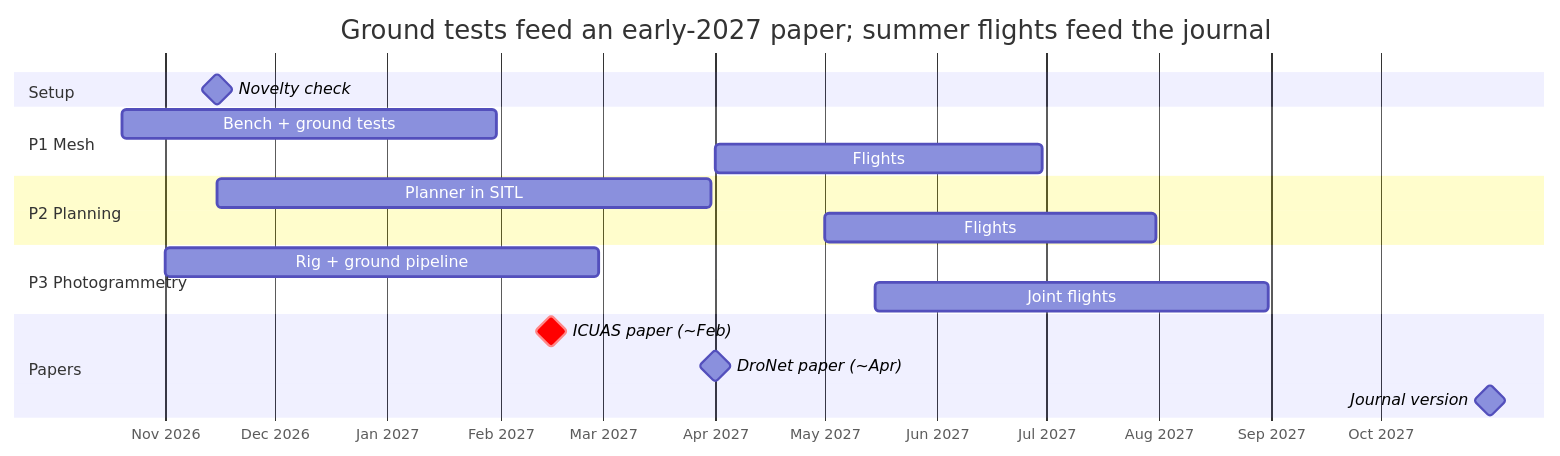
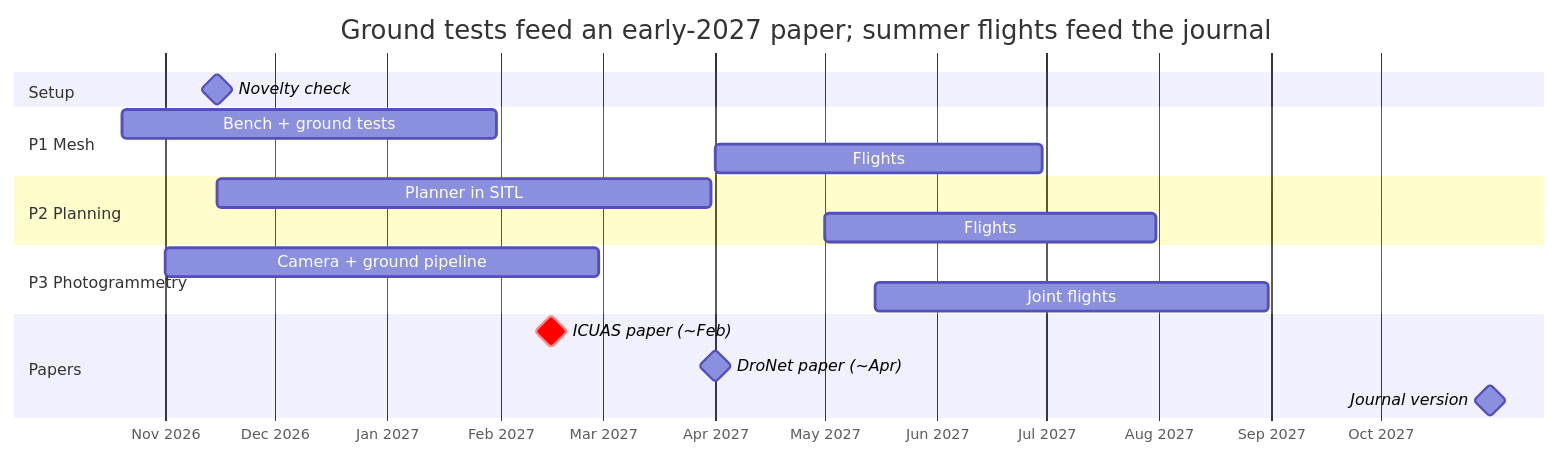
Before and after one commit to akashshingha850/meshmap: the second of 2 diagrams in integration/docs/technical.md, drawn with Mermaid. The commit also changed other lines of this file and 15 other files, not shown here.

````diff
--- a/integration/docs/technical.md
+++ b/integration/docs/technical.md
@@ -77,21 +80,21 @@
 ```mermaid
 gantt
     title Ground tests feed an early-2027 paper; summer flights feed the journal
     dateFormat YYYY-MM-DD
     axisFormat %b %Y
     section Setup
     Novelty check               :milestone, 2026-11-15, 0d
     section P1 Mesh
     Bench + ground tests        :2026-10-20, 2027-01-31
     Flights: campaign A         :2027-04-01, 2027-06-30
     section P2 Planning
     Planner in SITL             :2026-11-15, 2027-03-31
     Flights: campaign B         :2027-05-01, 2027-07-31
     section P3 Photogrammetry
-    Rig + ground pipeline       :2026-11-01, 2027-02-28
+    Camera + ground pipeline    :2026-11-01, 2027-02-28
     Joint flights: campaign C   :2027-05-15, 2027-08-31
     section Papers
     ICUAS paper (~Feb)          :crit, milestone, 2027-02-15, 0d
     DroNet paper (~Apr)         :milestone, 2027-04-01, 0d
     Journal version             :milestone, 2027-10-31, 0d
 ```
````
